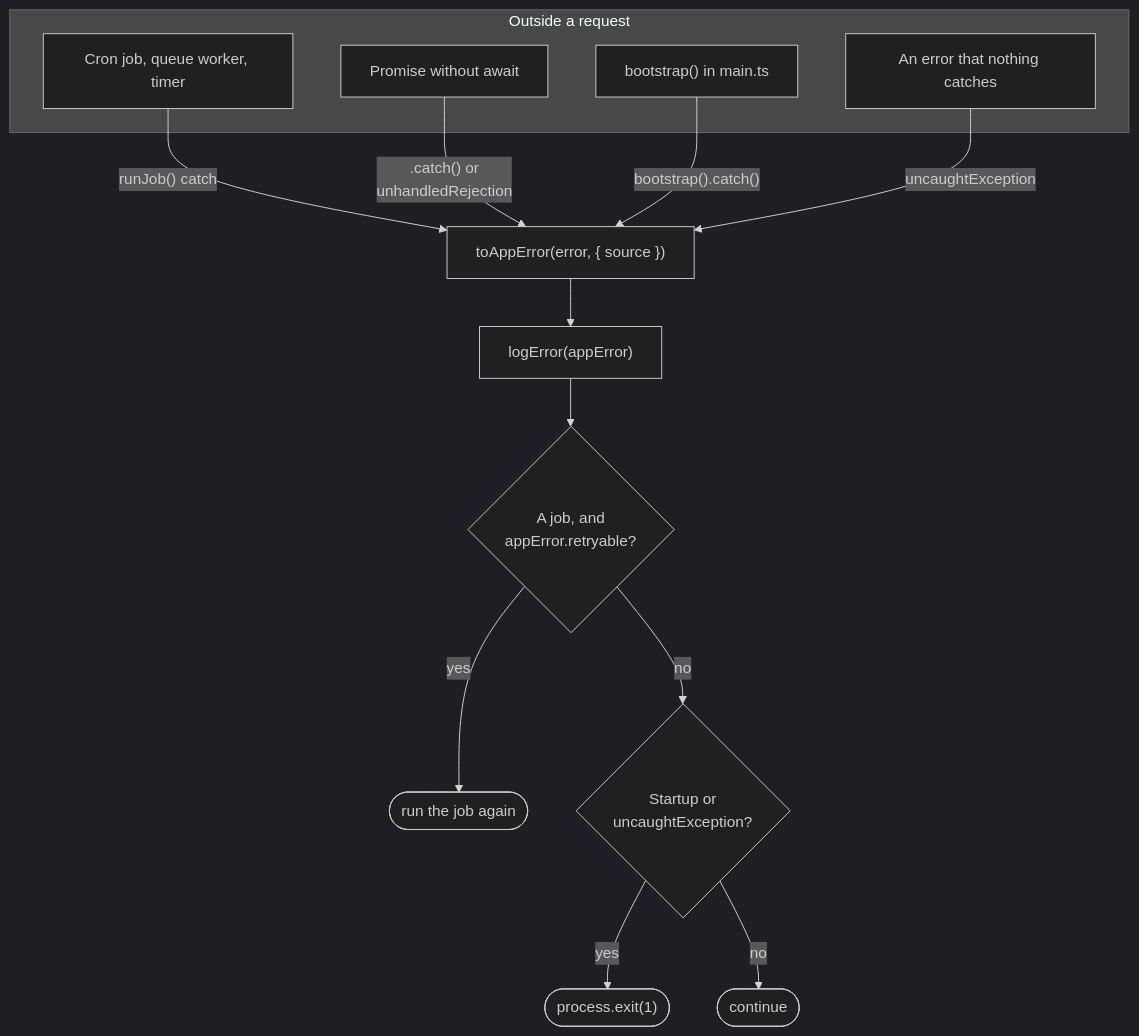
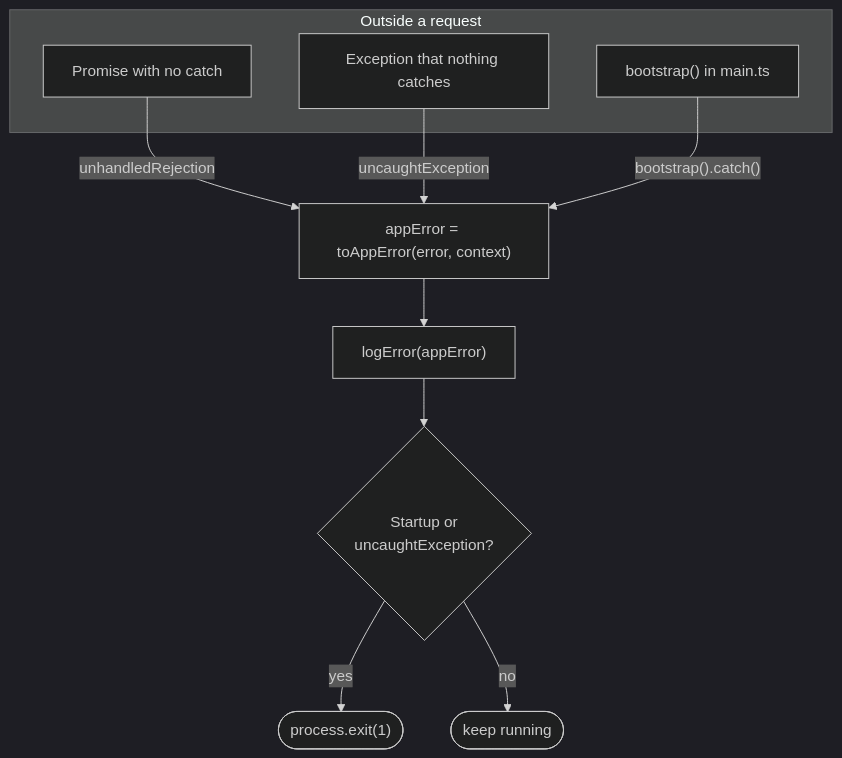
The seventh of 7 diagrams in docs/error-handling-improvements.md (CyberBrainiac/job-search-automation-tool), drawn with Mermaid (dark theme) before and after one commit. The commit also changed other lines of this file and 1 other file, not shown here.

First line of the commit message:
docs(root): fix the gaps of the error handling design and answer Q1-Q9

````diff
--- a/docs/error-handling-improvements.md
+++ b/docs/error-handling-improvements.md
@@ -420,20 +643,16 @@
 ```mermaid
 flowchart TD
   subgraph where["Outside a request"]
-    J["Cron job, queue worker, timer"]
-    P["Promise without await"]
+    P["Promise with no catch"]
+    U["Exception that nothing catches"]
     S["bootstrap() in main.ts"]
-    U["An error that nothing catches"]
   end
 
-  J -- "runJob() catch" --> T["toAppError(error, { source })"]
-  P -- ".catch() or<br/>unhandledRejection" --> T
+  P -- "unhandledRejection" --> T["appError = toAppError(error, context)"]
+  U -- "uncaughtException" --> T
   S -- "bootstrap().catch()" --> T
-  U -- "uncaughtException" --> T
   T --> L["logError(appError)"]
-  L --> R1{"A job, and<br/>appError.retryable?"}
-  R1 -- "yes" --> RT(["run the job again"])
-  R1 -- "no" --> R2{"Startup or<br/>uncaughtException?"}
-  R2 -- "yes" --> EX(["process.exit(1)"])
-  R2 -- "no" --> GO(["continue"])
+  L --> R{"Startup or<br/>uncaughtException?"}
+  R -- "yes" --> EX(["process.exit(1)"])
+  R -- "no" --> GO(["keep running"])
 ```
````
